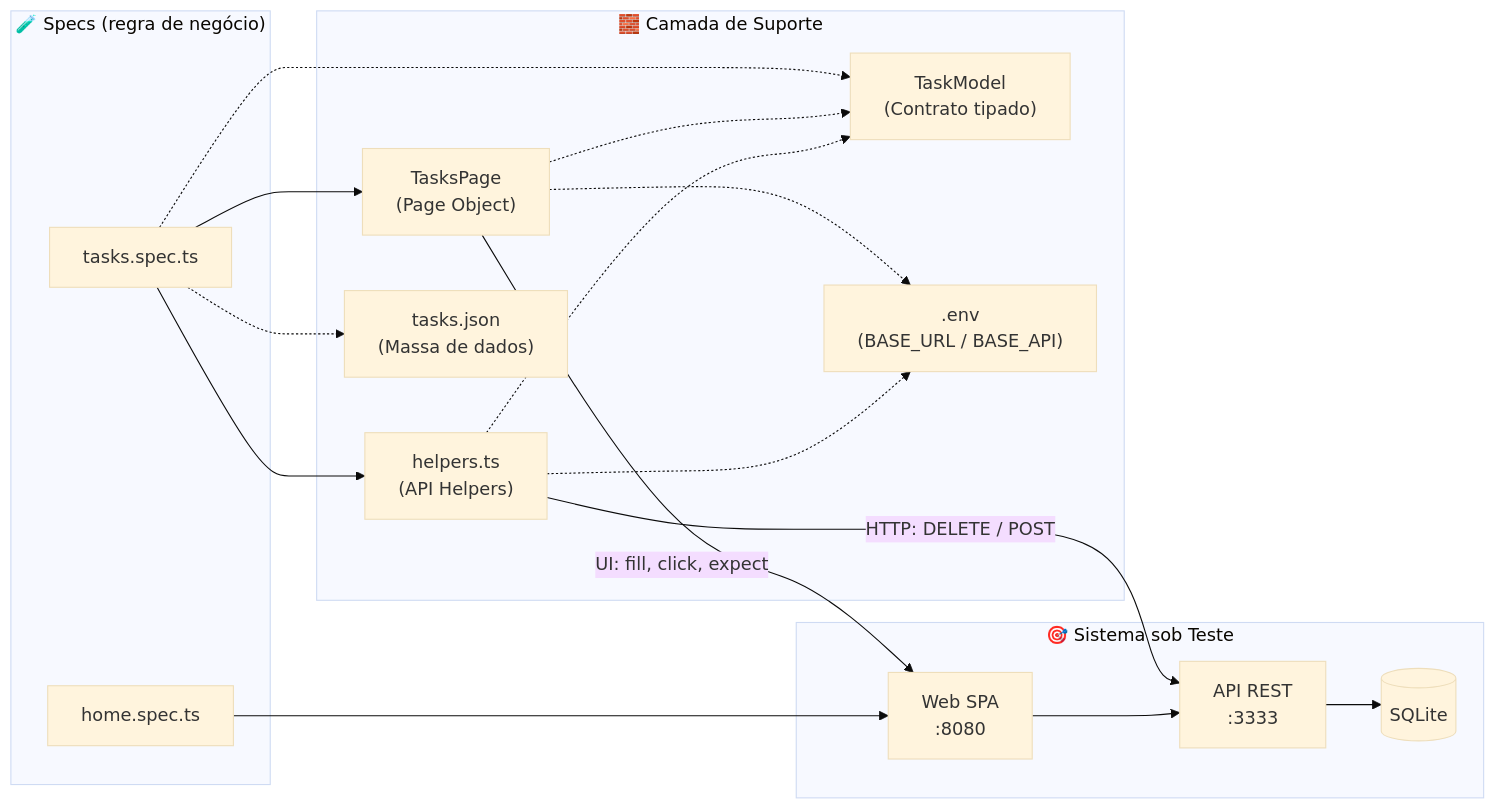
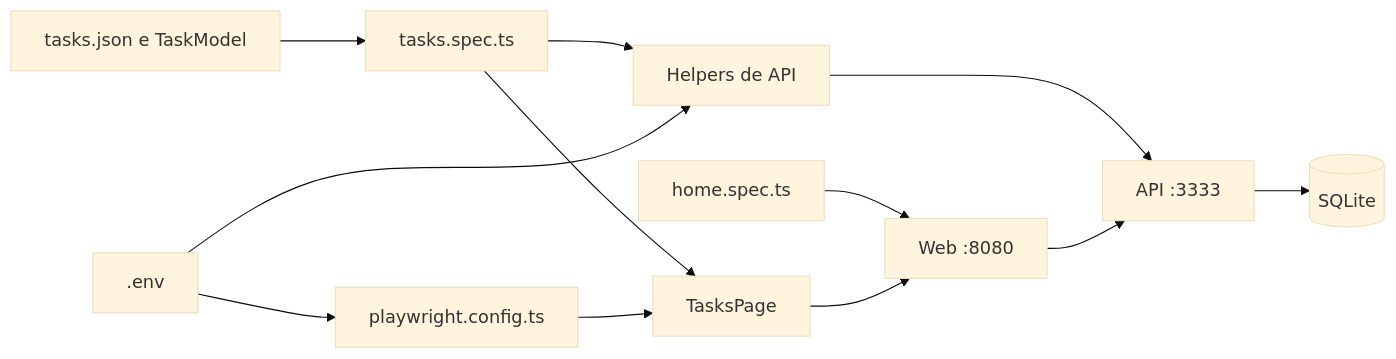
The diagram in README.md (DouglasAntoni0/QAx-Playwright), drawn with Mermaid (base theme) before and after one commit. The commit also changed other lines of this file and 5 other files, not shown here.

````diff
--- a/README.md
+++ b/README.md
@@ -70,35 +38,14 @@
 ```mermaid
 flowchart LR
-    subgraph Specs["🧪 Specs (regra de negócio)"]
-        H[home.spec.ts]
-        T[tasks.spec.ts]
-    end
-
-    subgraph Support["🧱 Camada de Suporte"]
-        PO["TasksPage<br/>(Page Object)"]
-        HP["helpers.ts<br/>(API Helpers)"]
-        M["TaskModel<br/>(Contrato tipado)"]
-        D["tasks.json<br/>(Massa de dados)"]
-        E[".env<br/>(BASE_URL / BASE_API)"]
-    end
-
-    subgraph SUT["🎯 Sistema sob Teste"]
-        WEB["Web SPA<br/>:8080"]
-        API["API REST<br/>:3333"]
-        DB[("SQLite")]
-    end
-
-    T --> PO
-    T --> HP
-    T -.-> M
-    T -.-> D
-    PO -.-> M
-    HP -.-> M
-    PO -.-> E
-    HP -.-> E
-    H --> WEB
-    PO -->|"UI: fill, click, expect"| WEB
-    HP -->|"HTTP: DELETE / POST"| API
-    WEB --> API
-    API --> DB
+    H[home.spec.ts] --> W["Web :8080"]
+    T[tasks.spec.ts] --> P[TasksPage]
+    T --> A[Helpers de API]
+    D[tasks.json e TaskModel] --> T
+    E[.env] --> C[playwright.config.ts]
+    C --> P
+    E --> A
+    P --> W
+    A --> B["API :3333"]
+    W --> B
+    B --> S[(SQLite)]
 ```
````
